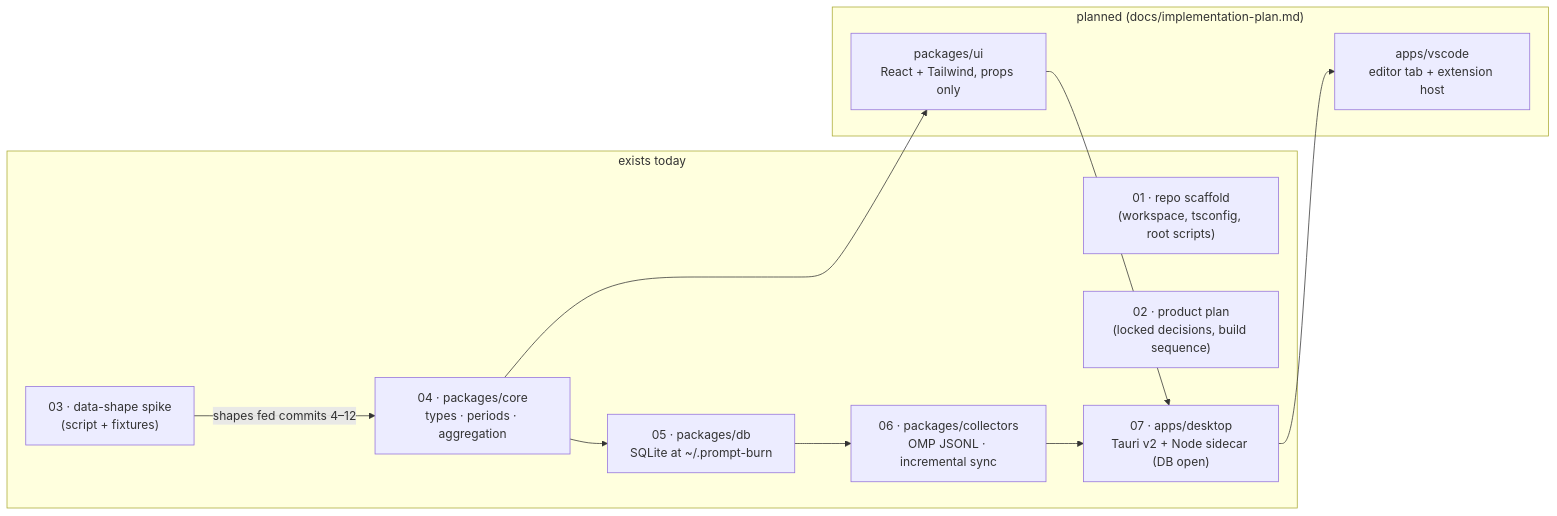
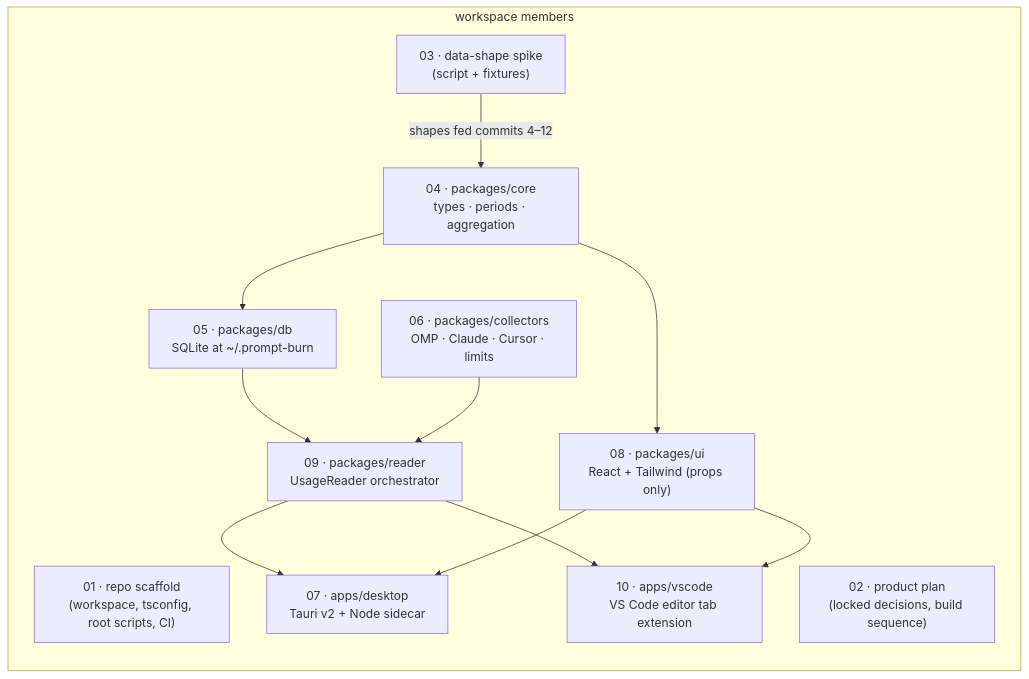
The diagram in docs/architecture/README.md (prajwal-hebbar-07/prompt-burn), drawn with Mermaid before and after one commit. The commit also changed other lines of this file and 22 other files, not shown here.

````diff
--- a/docs/architecture/README.md
+++ b/docs/architecture/README.md
@@ -18,20 +18,23 @@
 ```mermaid
 graph LR
-    subgraph "exists today"
-        S["01 · repo scaffold<br/>(workspace, tsconfig, root scripts)"]
+    subgraph "workspace members"
+        S["01 · repo scaffold<br/>(workspace, tsconfig, root scripts, CI)"]
         P["02 · product plan<br/>(locked decisions, build sequence)"]
         SP["03 · data-shape spike<br/>(script + fixtures)"]
         C["04 · packages/core<br/>types · periods · aggregation"]
         D["05 · packages/db<br/>SQLite at ~/.prompt-burn"]
-        K["06 · packages/collectors<br/>OMP JSONL · incremental sync"]
-        DESK["07 · apps/desktop<br/>Tauri v2 + Node sidecar (DB open)"]
-    end
-    subgraph "planned (docs/implementation-plan.md)"
-        U["packages/ui<br/>React + Tailwind, props only"]
-        VSC["apps/vscode<br/>editor tab + extension host"]
+        K["06 · packages/collectors<br/>OMP · Claude · Cursor · limits"]
+        DESK["07 · apps/desktop<br/>Tauri v2 + Node sidecar"]
+        U["08 · packages/ui<br/>React + Tailwind (props only)"]
+        R["09 · packages/reader<br/>UsageReader orchestrator"]
+        VSC["10 · apps/vscode<br/>VS Code editor tab extension"]
     end
     SP -->|"shapes fed commits 4–12"| C
-    C --> D --> K --> DESK
-    C --> U --> DESK
-    DESK --> VSC
+    C --> D --> R
+    K --> R
+    C --> U
+    R --> DESK
+    U --> DESK
+    R --> VSC
+    U --> VSC
 ```
````
